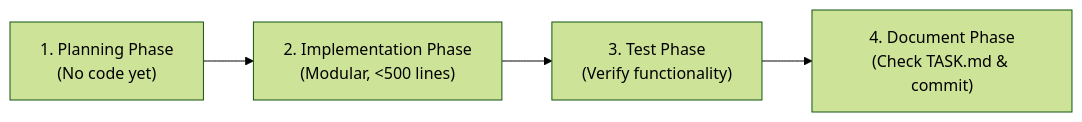
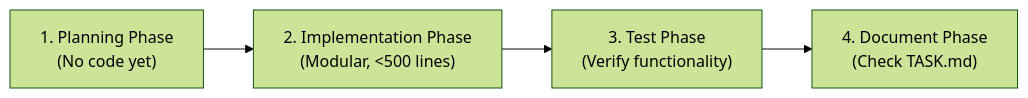
The diagram in .agent/skills/vibe-coding/SKILL.md (avinashmaurya19/personal_ai_agent), drawn with Mermaid (forest theme) before and after one commit. The commit also changed other lines of this file and 18 other files, not shown here.

````diff
--- a/.agent/skills/vibe-coding/SKILL.md
+++ b/.agent/skills/vibe-coding/SKILL.md
@@ -12,6 +12,6 @@
 ```mermaid
 flowchart LR
     P1["1. Planning Phase<br/>(No code yet)"] --> P2["2. Implementation Phase<br/>(Modular, <500 lines)"]
     P2 --> P3["3. Test Phase<br/>(Verify functionality)"]
-    P3 --> P4["4. Document Phase<br/>(Check TASK.md & commit)"]
+    P3 --> P4["4. Document Phase<br/>(Check TASK.md)"]
 ```
````
